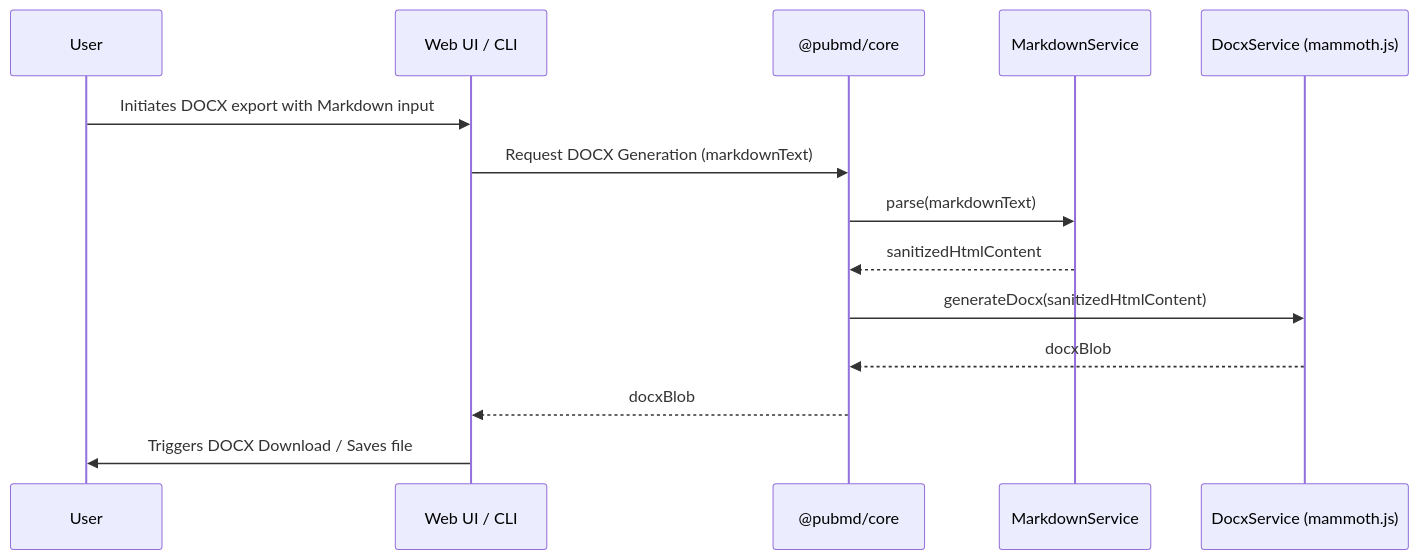
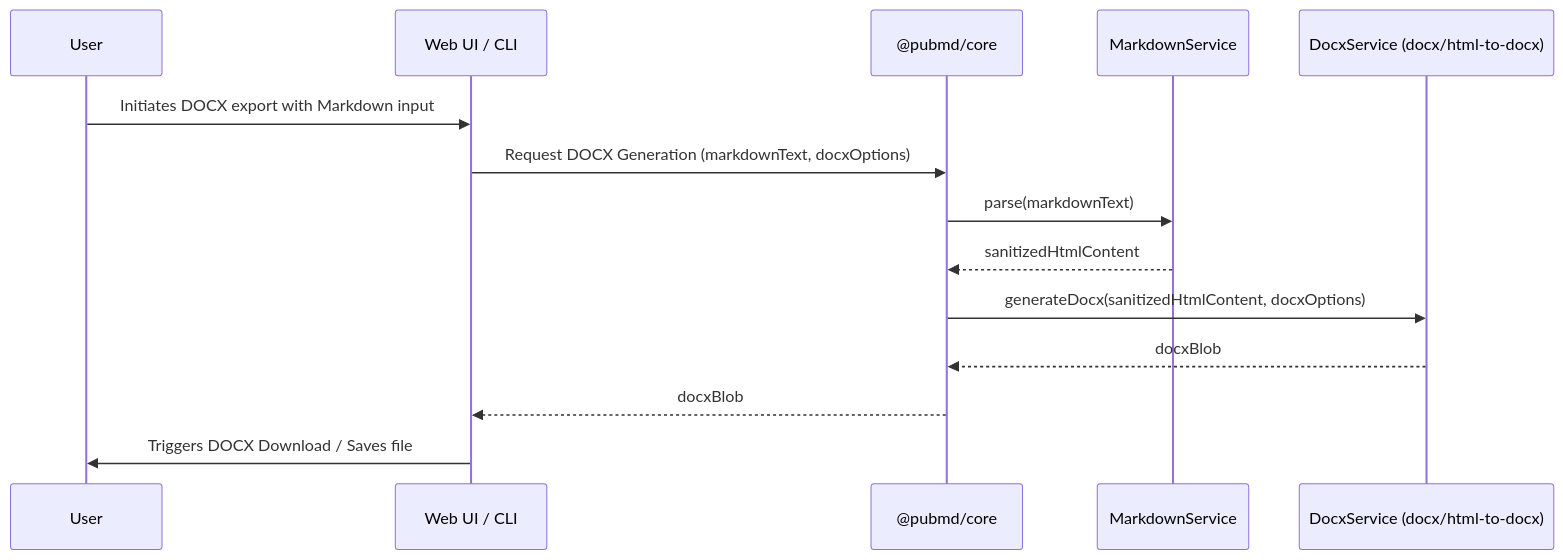
Before and after one commit to cgbarlow/pubmd: the fifth of 5 diagrams in documentation/02_Architecture/Solution_Architecture_Design_Specification.md, drawn with Mermaid. The commit also changed other lines of this file and 13 other files, not shown here.

Commit message:
plan for pivot of pdf-service complete, and included high level plans for docx-service aligned to this.

````diff
--- a/documentation/02_Architecture/Solution_Architecture_Design_Specification.md
+++ b/documentation/02_Architecture/Solution_Architecture_Design_Specification.md
@@ -360,17 +361,17 @@
 ```mermaid
 sequenceDiagram
     participant User
     participant Interface as Web UI / CLI
     participant Core as @pubmd/core
     participant MdSvc as MarkdownService
-    participant DocxSvc as DocxService (mammoth.js)
+    participant DocxSvc as DocxService (docx/html-to-docx)
 
     User->>Interface: Initiates DOCX export with Markdown input
-    Interface->>Core: Request DOCX Generation (markdownText)
+    Interface->>Core: Request DOCX Generation (markdownText, docxOptions)
     Core->>MdSvc: parse(markdownText)
     MdSvc-->>Core: sanitizedHtmlContent
-    Core->>DocxSvc: generateDocx(sanitizedHtmlContent)
+    Core->>DocxSvc: generateDocx(sanitizedHtmlContent, docxOptions)
     DocxSvc-->>Core: docxBlob
     Core-->>Interface: docxBlob
     Interface->>User: Triggers DOCX Download / Saves file
 ```
````
